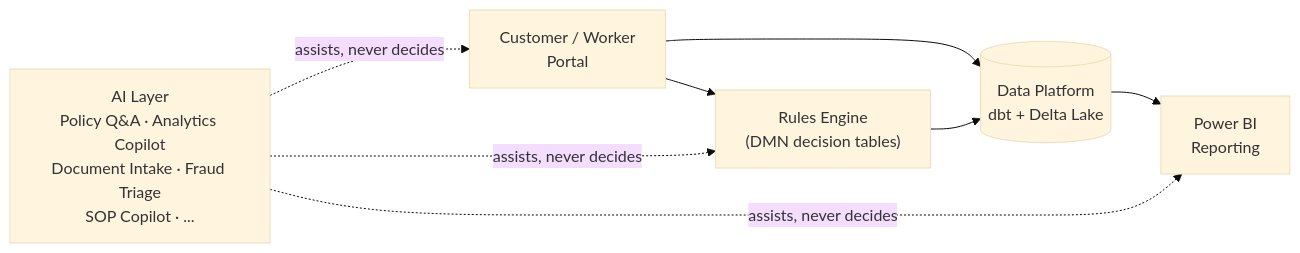
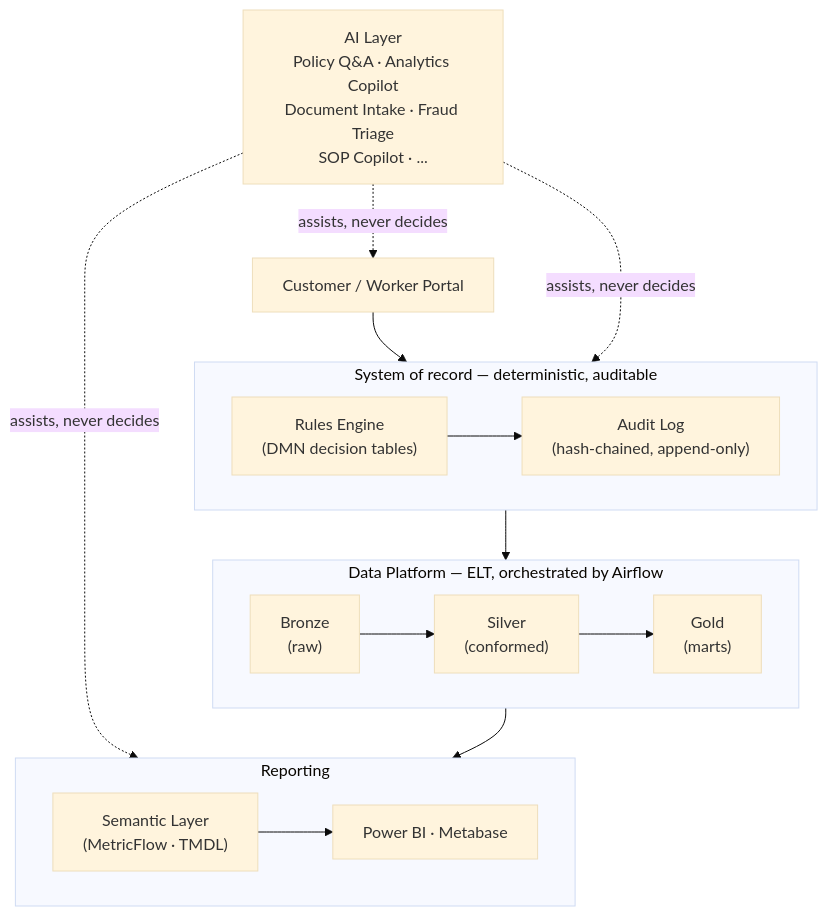
The diagram in README.md (bsreecharanreddy/canopica), drawn with Mermaid (base theme) before and after one commit. The commit also changed 1 other file, not shown here.

Commit message:
README: restructure architecture diagram into grouped tiers; add diagram-sync convention
The old diagram was a single flat row of four boxes and didn't reflect the
medallion layering or semantic layer this session's docs work just made
central to the story. Regrouped into three subgraphs (system of record,
data platform, reporting) so the bronze/silver/gold flow and the shared
semantic layer are visible at a glance, matching the level of detail
already established in the tech-stack and roadmap docs. Kept theme-safe
for GitHub's light/dark rendering — no hardcoded fill colors, grouping and
layout do the work instead.

Also adds a standing convention to CLAUDE.md: the README diagram updates
in the same commit as any change to what it depicts, same reasoning as
the existing STATUS.md same-commit rule.

````diff
--- a/README.md
+++ b/README.md
@@ -44,11 +44,29 @@
 ```mermaid
-flowchart LR
-    A["Customer / Worker\nPortal"] --> B["Rules Engine\n(DMN decision tables)"]
-    A --> C[("Data Platform\ndbt + Delta Lake")]
-    B --> C
-    C --> D["Power BI\nReporting"]
+flowchart TB
+    A["Customer / Worker Portal"]
+
+    subgraph core["System of record — deterministic, auditable"]
+        direction LR
+        B["Rules Engine\n(DMN decision tables)"] --> F["Audit Log\n(hash-chained, append-only)"]
+    end
+
+    subgraph data["Data Platform — ELT, orchestrated by Airflow"]
+        direction LR
+        C1["Bronze\n(raw)"] --> C2["Silver\n(conformed)"] --> C3["Gold\n(marts)"]
+    end
+
+    subgraph bi["Reporting"]
+        direction LR
+        G["Semantic Layer\n(MetricFlow · TMDL)"] --> D["Power BI · Metabase"]
+    end
+
     E["AI Layer\nPolicy Q&A · Analytics Copilot\nDocument Intake · Fraud Triage\nSOP Copilot · ..."]
+
+    A --> core
+    core --> C1
+    C3 --> G
+
     E -. assists, never decides .-> A
-    E -. assists, never decides .-> B
-    E -. assists, never decides .-> D
+    E -. assists, never decides .-> core
+    E -. assists, never decides .-> bi
 ```
````
